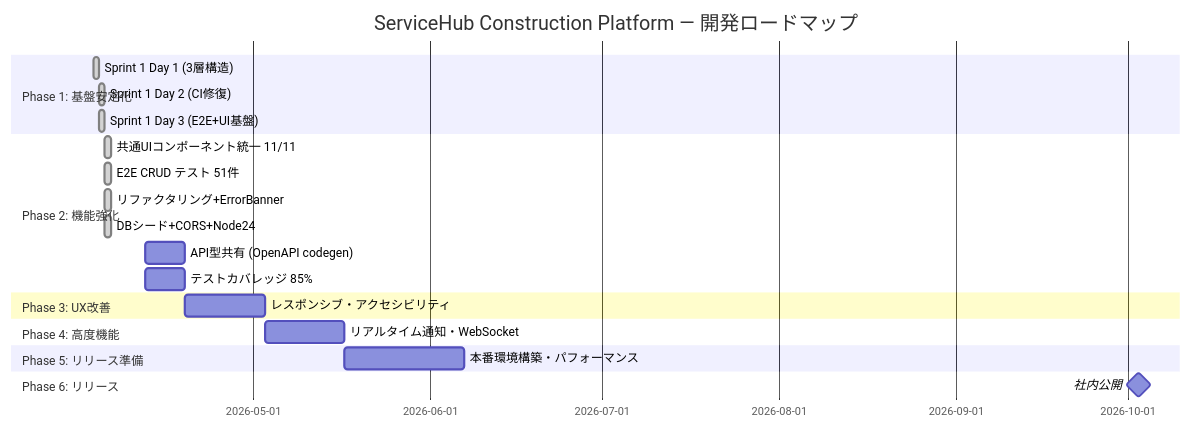
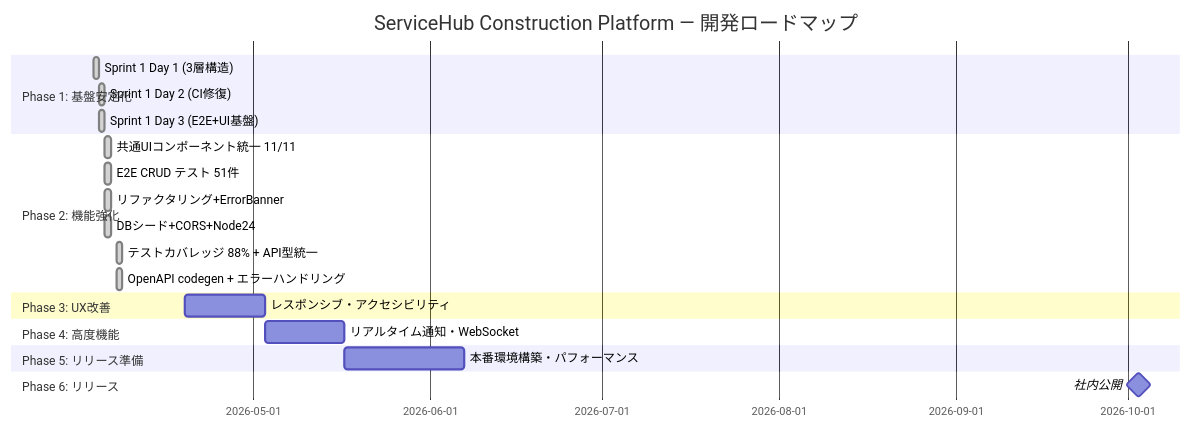
The fifth of 7 diagrams in README.md (Kensan196948G/ServiceHub-Construction-Platform), drawn with Mermaid before and after one commit. The commit also changed other lines of this file, not shown here.

````diff
--- a/README.md
+++ b/README.md
@@ -242,24 +243,24 @@
 ```mermaid
 gantt
     title ServiceHub Construction Platform — 開発ロードマップ
     dateFormat  YYYY-MM-DD
     section Phase 1: 基盤安定化
     Sprint 1 Day 1 (3層構造)         :done, s1d1, 2026-04-03, 1d
     Sprint 1 Day 2 (CI修復)          :done, s1d2, 2026-04-04, 1d
     Sprint 1 Day 3 (E2E+UI基盤)      :done, s1d3, 2026-04-04, 1d
     section Phase 2: 機能強化
     共通UIコンポーネント統一 11/11     :done, s2a, 2026-04-05, 1d
     E2E CRUD テスト 51件              :done, s2b, 2026-04-05, 1d
     リファクタリング+ErrorBanner      :done, s2c, 2026-04-05, 1d
     DBシード+CORS+Node24              :done, s2d, 2026-04-05, 1d
-    API型共有 (OpenAPI codegen)       :s2e, 2026-04-12, 7d
-    テストカバレッジ 85%              :s2f, 2026-04-12, 7d
+    テストカバレッジ 88% + API型統一    :done, s2e, 2026-04-07, 1d
+    OpenAPI codegen + エラーハンドリング :done, s2f, 2026-04-07, 1d
     section Phase 3: UX改善
     レスポンシブ・アクセシビリティ    :s3, 2026-04-19, 14d
     section Phase 4: 高度機能
     リアルタイム通知・WebSocket       :s4, 2026-05-03, 14d
     section Phase 5: リリース準備
     本番環境構築・パフォーマンス      :s5, 2026-05-17, 21d
     section Phase 6: リリース
     社内公開                          :milestone, m1, 2026-10-03, 0d
 ```
````
